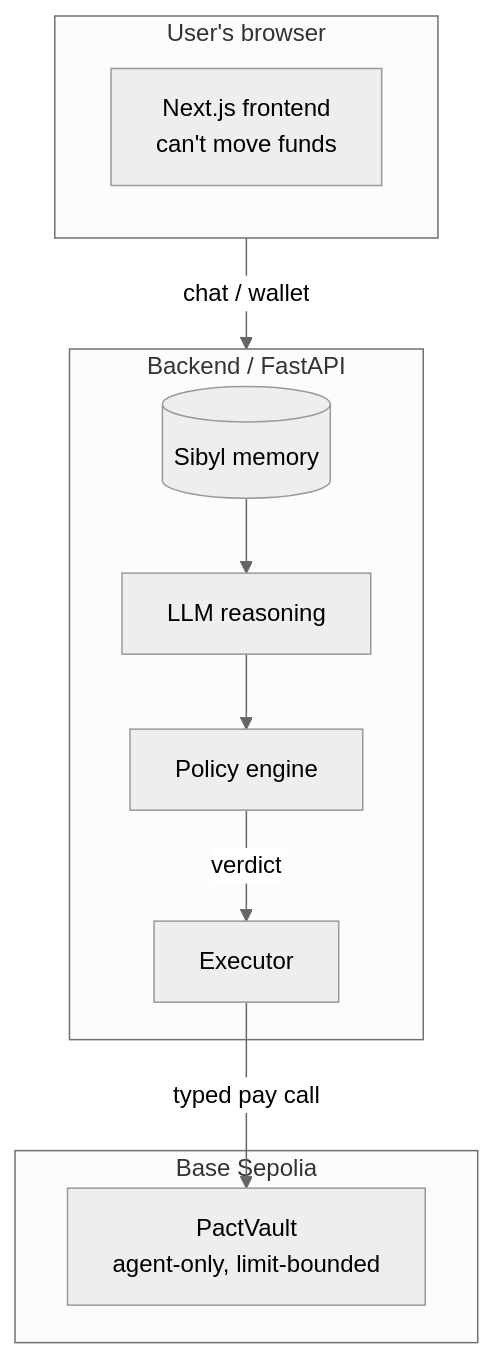
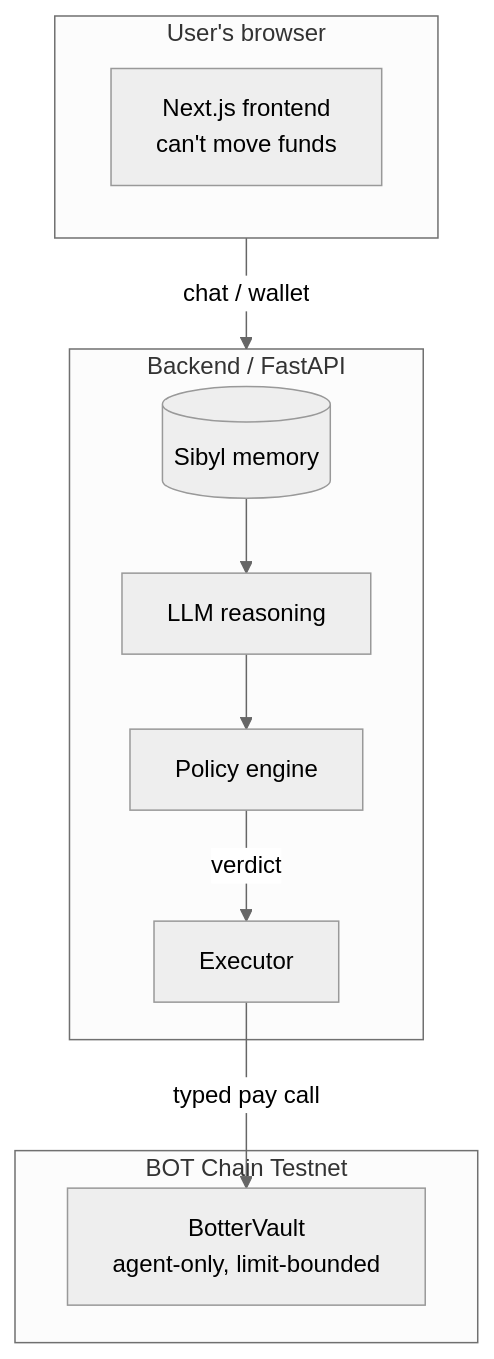
One commit to Saber1Y/botter changed the third of 3 diagrams in README.md. Above: the diagram before and after it, drawn with Mermaid (neutral theme). The commit also changed other lines of this file and 33 other files, not shown here.

````diff
--- a/README.md
+++ b/README.md
@@ -227,19 +227,19 @@
 ```mermaid
 flowchart TB
     subgraph Browser[User's browser]
         FE[Next.js frontend<br/>can't move funds]
     end
     subgraph Server[Backend / FastAPI]
         MEM[(Sibyl memory)]
         LLM[LLM reasoning]
         POL[Policy engine]
         EX[Executor]
     end
-    subgraph Chain[Base Sepolia]
-        VA[PactVault<br/>agent-only, limit-bounded]
+    subgraph Chain[BOT Chain Testnet]
+        VA[BotterVault<br/>agent-only, limit-bounded]
     end
     Browser -->|chat / wallet| Server
     MEM --> LLM --> POL
     POL -->|verdict| EX
     EX -->|typed pay call| VA
 ```
````
